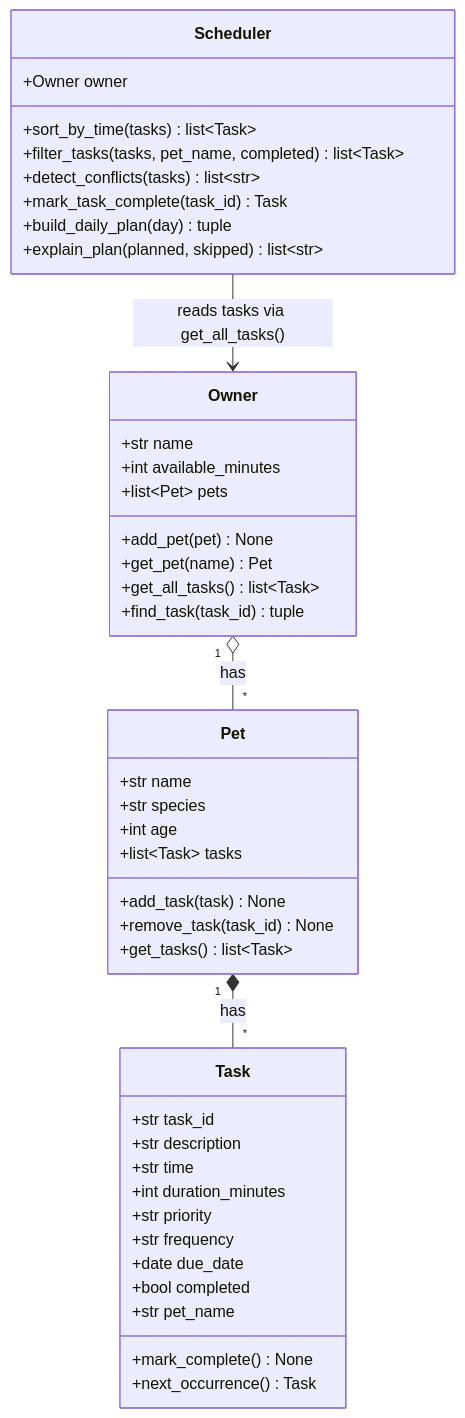
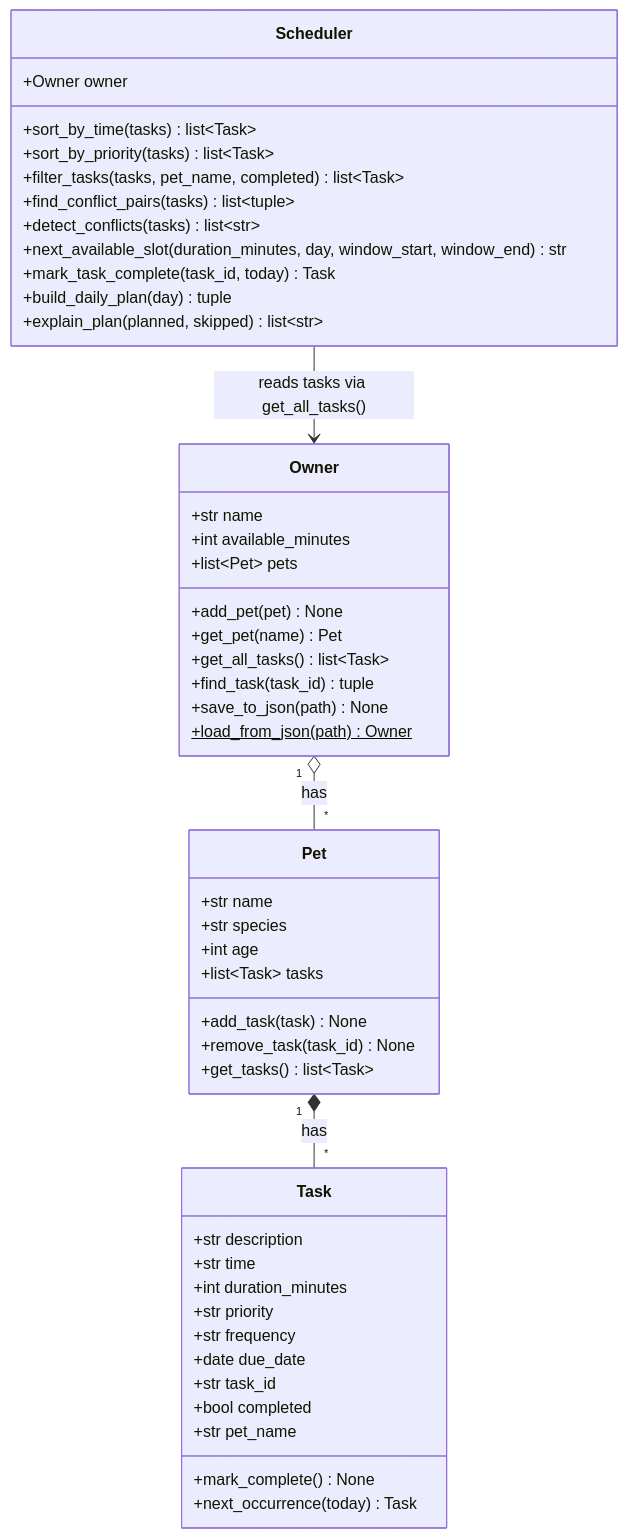
The diagram in diagrams/uml.mmd (VignoneRobotics/ai110-module2show-pawpal-starter), drawn with Mermaid before and after one commit. The commit also changed 1 other file, not shown here.

Commit message:
docs: final UML and CLAUDE.md synced to implementation
Claude-Session: https://claude.ai/code/session_01HV6i6Qv3zjedz15NDggLfe

```diff
--- a/diagrams/uml.mmd
+++ b/diagrams/uml.mmd
@@ -1,50 +1,55 @@
 classDiagram
-    %% PawPal+ UML (draft, Phase 1). Update in Phase 6 to match the final code.
+    %% PawPal+ UML (final). Matches pawpal_system.py.
 
     class Owner {
         +str name
         +int available_minutes
         +list~Pet~ pets
         +add_pet(pet) None
         +get_pet(name) Pet
         +get_all_tasks() list~Task~
         +find_task(task_id) tuple
+        +save_to_json(path) None
+        +load_from_json(path)$ Owner
     }
 
     class Pet {
         +str name
         +str species
         +int age
         +list~Task~ tasks
         +add_task(task) None
         +remove_task(task_id) None
         +get_tasks() list~Task~
     }
 
     class Task {
-        +str task_id
         +str description
         +str time
         +int duration_minutes
         +str priority
         +str frequency
         +date due_date
+        +str task_id
         +bool completed
         +str pet_name
         +mark_complete() None
-        +next_occurrence() Task
+        +next_occurrence(today) Task
     }
 
     class Scheduler {
         +Owner owner
         +sort_by_time(tasks) list~Task~
+        +sort_by_priority(tasks) list~Task~
         +filter_tasks(tasks, pet_name, completed) list~Task~
+        +find_conflict_pairs(tasks) list~tuple~
         +detect_conflicts(tasks) list~str~
-        +mark_task_complete(task_id) Task
+        +next_available_slot(duration_minutes, day, window_start, window_end) str
+        +mark_task_complete(task_id, today) Task
         +build_daily_plan(day) tuple
         +explain_plan(planned, skipped) list~str~
     }
 
     Owner "1" o-- "*" Pet : has
     Pet "1" *-- "*" Task : has
     Scheduler --> Owner : reads tasks via get_all_tasks()
```
